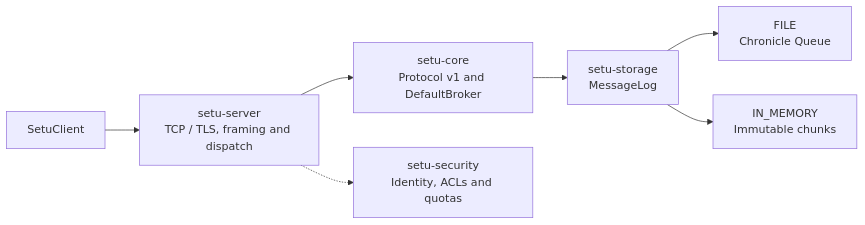
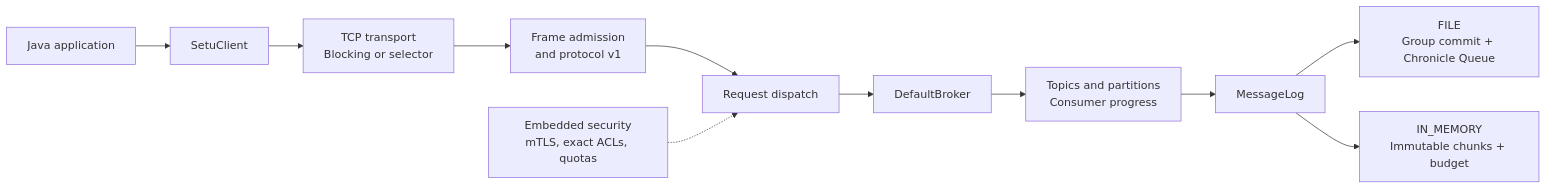
One commit to RishabhRathi-Dev/Setu changed the diagram in README.md. Above: the diagram before and after it, drawn with Mermaid. The commit also changed other lines of this file and 40 other files, not shown here.

First line of the commit message:
Clean repository and document broker architecture and workflows

````diff
--- a/README.md
+++ b/README.md
@@ -56,9 +68,13 @@
 ```mermaid
 flowchart LR
-    client[SetuClient] --> server["setu-server<br/>TCP / TLS, framing and dispatch"]
-    server --> core["setu-core<br/>Protocol v1 and DefaultBroker"]
-    server -.-> security["setu-security<br/>Identity, ACLs and quotas"]
-    core --> storage["setu-storage<br/>MessageLog"]
-    storage --> file["FILE<br/>Chronicle Queue"]
-    storage --> memory["IN_MEMORY<br/>Immutable chunks"]
+    app[Java application] --> client[SetuClient]
+    client --> transport["TCP transport<br/>Blocking or selector"]
+    transport --> framing["Frame admission<br/>and protocol v1"]
+    framing --> dispatch[Request dispatch]
+    dispatch --> broker[DefaultBroker]
+    broker --> topics["Topics and partitions<br/>Consumer progress"]
+    topics --> logs[MessageLog]
+    logs --> file["FILE<br/>Group commit + Chronicle Queue"]
+    logs --> memory["IN_MEMORY<br/>Immutable chunks + budget"]
+    security["Embedded security<br/>mTLS, exact ACLs, quotas"] -.-> dispatch
 ```
````
